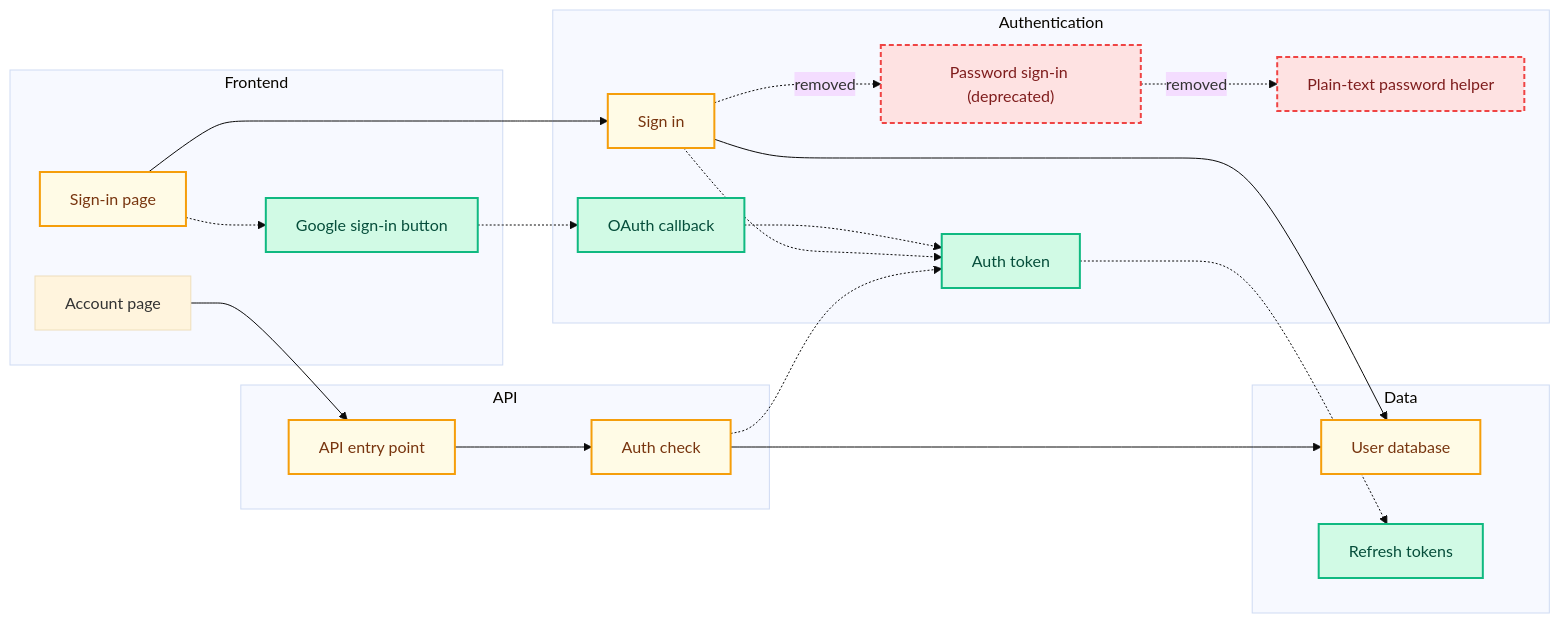
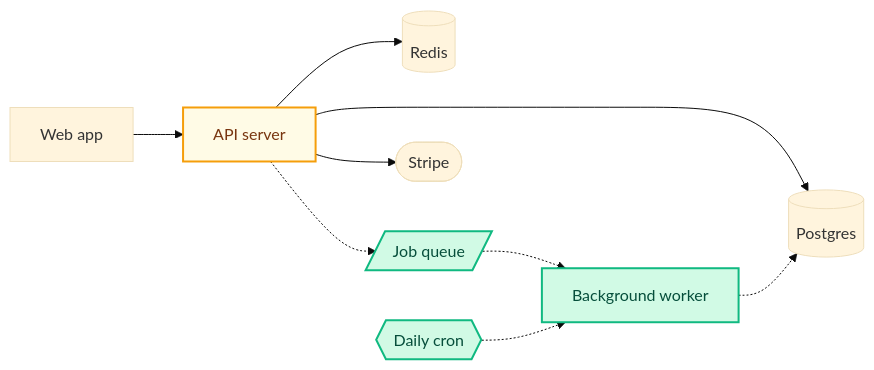
Before and after one commit to ian-klopper/mermaid-pr: the diagram in README.md, drawn with Mermaid (base theme). The commit also changed other lines of this file and 4 other files, not shown here.

First line of the commit message:
Gate diagrams on architecture changes; switch to system components

````diff
--- a/README.md
+++ b/README.md
@@ -13,56 +13,20 @@
 ```mermaid
 graph LR
   classDef added fill:#d1fae5,stroke:#10b981,stroke-width:2px,color:#064e3b;
   classDef modified fill:#fffbe6,stroke:#f59e0b,stroke-width:2px,color:#78350f;
   classDef removed fill:#fee2e2,stroke:#ef4444,stroke-width:2px,stroke-dasharray:5 3,color:#7f1d1d;
 
-  subgraph frontend["Frontend"]
-    login_page["Sign-in page"]
-    google_button["Google sign-in button"]
-    account_page["Account page"]
-  end
+  web["Web app"] --> api["API server"]
+  api --> db[("Postgres")]
+  api --> cache[("Redis")]
+  api -.-> q[/"Job queue"/]
+  q -.-> worker["Background worker"]
+  worker -.-> db
+  api --> stripe(["Stripe"])
+  cron{{"Daily cron"}} -.-> worker
 
-  subgraph auth["Authentication"]
-    sign_in["Sign in"]
-    oauth_callback["OAuth callback"]
-    token_issuer["Auth token"]
-    legacy_login["Password sign-in (deprecated)"]
-    plaintext_helper["Plain-text password helper"]
-  end
-
-  subgraph api["API"]
-    api_entry["API entry point"]
-    auth_middleware["Auth check"]
-  end
-
-  subgraph data["Data"]
-    user_db["User database"]
-    refresh_store["Refresh tokens"]
-  end
-
-  login_page --> sign_in
-  login_page -.-> google_button
-  google_button -.-> oauth_callback
-  oauth_callback -.-> token_issuer
-  sign_in -.-> token_issuer
-  sign_in -. removed .-> legacy_login
-  legacy_login -. removed .-> plaintext_helper
-  token_issuer -.-> refresh_store
-  account_page --> api_entry
-  api_entry --> auth_middleware
-  auth_middleware -.-> token_issuer
-  auth_middleware --> user_db
-  sign_in --> user_db
-
-  class google_button added
-  class oauth_callback added
-  class token_issuer added
-  class refresh_store added
-  class login_page modified
-  class sign_in modified
-  class api_entry modified
-  class auth_middleware modified
-  class user_db modified
-  class legacy_login removed
-  class plaintext_helper removed
+  class api modified
+  class q added
+  class worker added
+  class cron added
 ```
````
